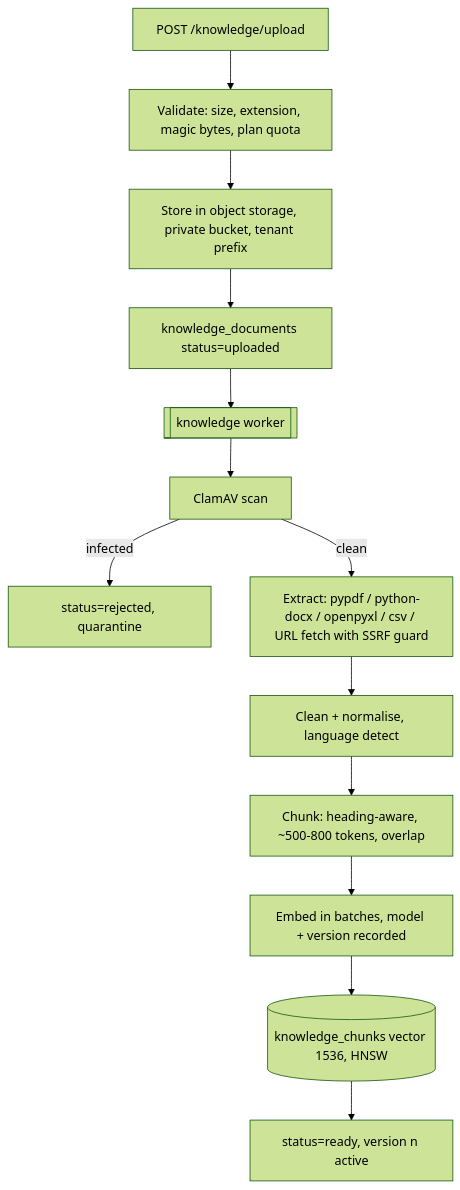
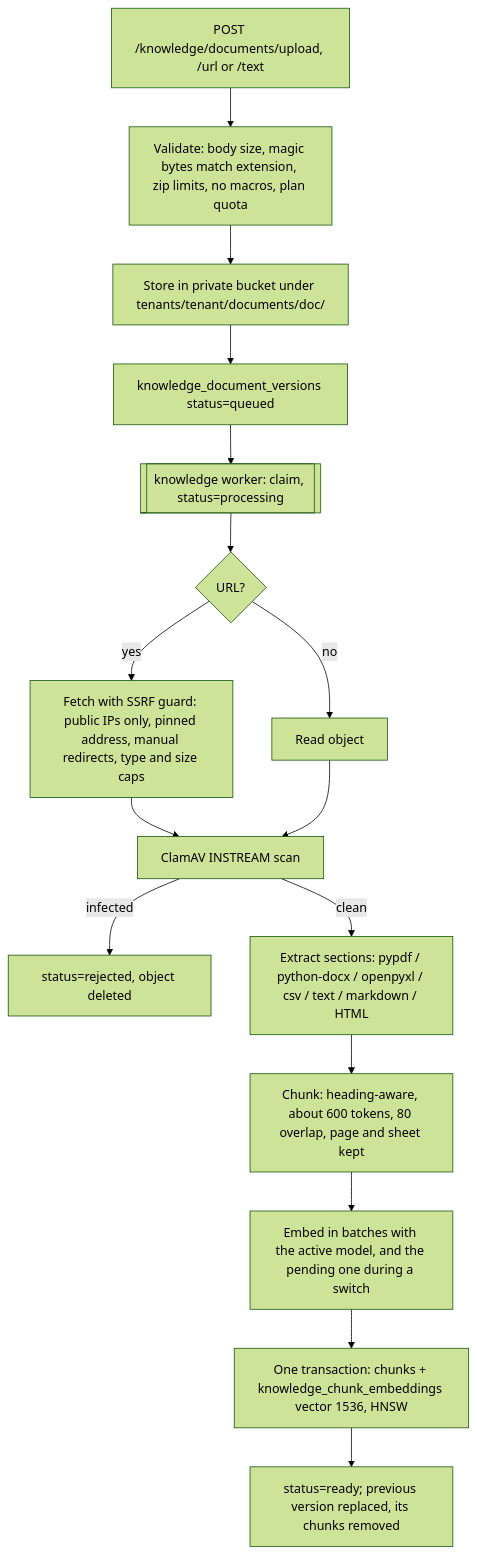
The fourth of 5 diagrams in ARCHITECTURE.md (xplosys/XploWhatsApp), drawn with Mermaid (forest theme) before and after one commit. The commit also changed other lines of this file and 59 other files, not shown here.

````diff
--- a/ARCHITECTURE.md
+++ b/ARCHITECTURE.md
@@ -231,14 +231,17 @@
 ```mermaid
 flowchart TD
-  UP[POST /knowledge/upload] --> VAL[Validate: size, extension, magic bytes, plan quota]
-  VAL --> ST[Store in object storage, private bucket, tenant prefix]
-  ST --> DOC[knowledge_documents status=uploaded]
-  DOC --> T1[[knowledge worker]]
-  T1 --> AV[ClamAV scan] -->|infected| QUAR[status=rejected, quarantine]
-  AV -->|clean| EX[Extract: pypdf / python-docx / openpyxl / csv / URL fetch with SSRF guard]
-  EX --> CL[Clean + normalise, language detect]
-  CL --> CH[Chunk: heading-aware, ~500-800 tokens, overlap]
-  CH --> EM[Embed in batches, model + version recorded]
-  EM --> VEC[(knowledge_chunks vector 1536, HNSW)]
-  VEC --> READY[status=ready, version n active]
+  UP[POST /knowledge/documents/upload, /url or /text] --> VAL[Validate: body size, magic bytes match extension, zip limits, no macros, plan quota]
+  VAL --> ST[Store in private bucket under tenants/tenant/documents/doc/]
+  ST --> V[knowledge_document_versions status=queued]
+  V --> T1[[knowledge worker: claim, status=processing]]
+  T1 --> F{URL?}
+  F -->|yes| WF[Fetch with SSRF guard: public IPs only, pinned address, manual redirects, type and size caps]
+  F -->|no| GET[Read object]
+  WF --> AV
+  GET --> AV[ClamAV INSTREAM scan] -->|infected| REJ[status=rejected, object deleted]
+  AV -->|clean| EX[Extract sections: pypdf / python-docx / openpyxl / csv / text / markdown / HTML]
+  EX --> CH[Chunk: heading-aware, about 600 tokens, 80 overlap, page and sheet kept]
+  CH --> EM[Embed in batches with the active model, and the pending one during a switch]
+  EM --> STORE[One transaction: chunks + knowledge_chunk_embeddings vector 1536, HNSW]
+  STORE --> READY[status=ready; previous version replaced, its chunks removed]
 ```
````
